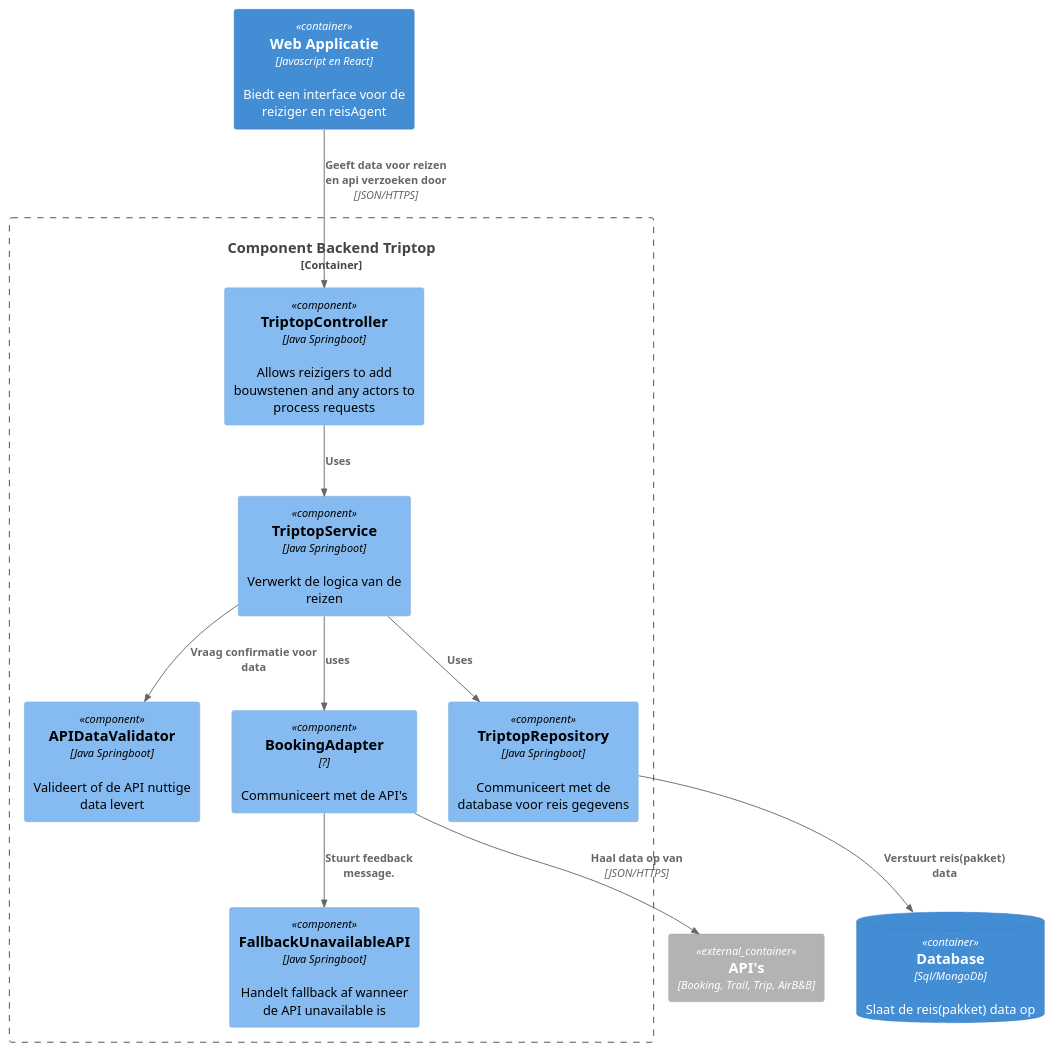
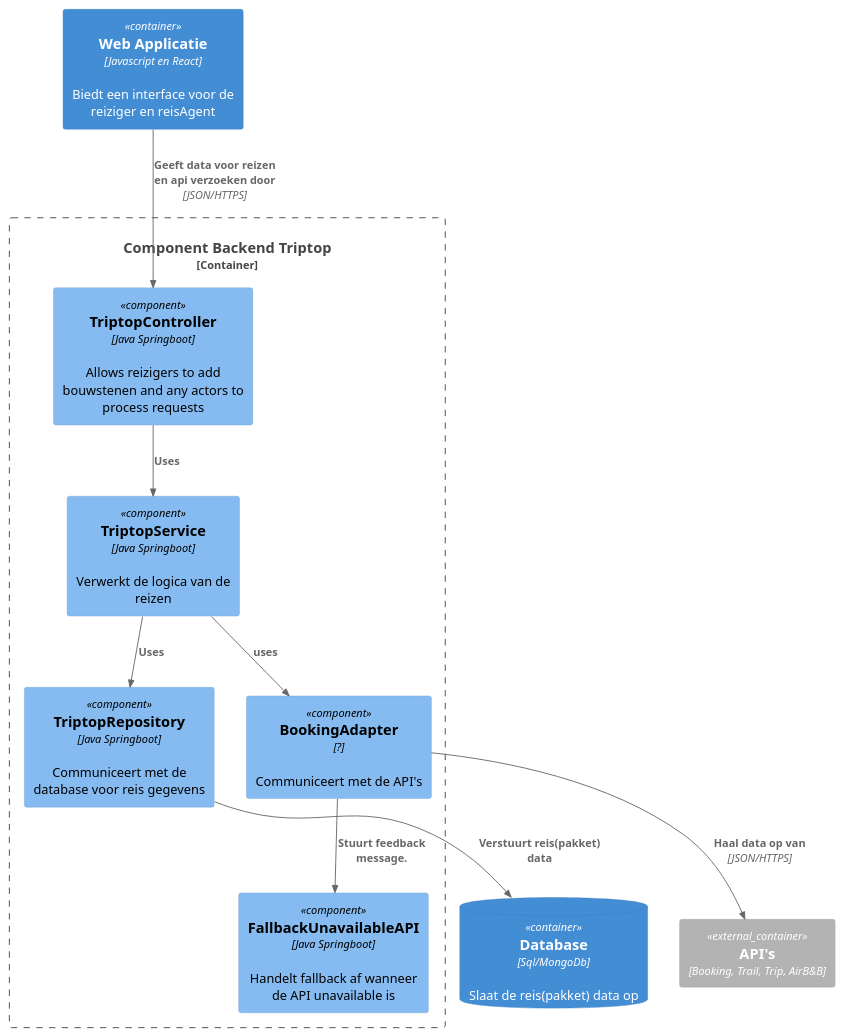
One commit to AIM-ENE-feb25/triptop-groep-6-caspar-khaled-daniel changed the diagram in CasparMap/week2/TripTopComponent.puml. Above: the diagram before and after it, drawn with PlantUML. The commit also changed 1 other file, not shown here.

```diff
--- a/CasparMap/week2/TripTopComponent.puml
+++ b/CasparMap/week2/TripTopComponent.puml
@@ -1,32 +1,29 @@
 @startuml C4_Elements
 !include https://raw.githubusercontent.com/plantuml-stdlib/C4-PlantUML/master/C4_Component.puml
 
 Container(Frontend, "Web Applicatie", "Javascript en React", "Biedt een interface voor de reiziger en reisAgent")
 
 Container_Boundary(c4, "Component Backend Triptop") {
     Component(TriptopController, "TriptopController", "Java Springboot", "Allows reizigers to add bouwstenen and any actors to process requests")
     Component(TriptopService, "TriptopService", "Java Springboot", "Verwerkt de logica van de reizen")
-    Component(APIDataValidator, "APIDataValidator", "Java Springboot", "Valideert of de API nuttige data levert")
     Component(TriptopRepository, "TriptopRepository", "Java Springboot", "Communiceert met de database voor reis gegevens")
     Component(FallbackUnavailableAPI, "FallbackUnavailableAPI", "Java Springboot", "Handelt fallback af wanneer de API unavailable is")
     Component(BookingAdapter, "BookingAdapter", "?", "Communiceert met de API's")
 }
 
 ContainerDb(db, "Database", "Sql/MongoDb", "Slaat de reis(pakket) data op")
 Container_Ext(api, "API's", "Booking, Trail, Trip, AirB&B")
 
 Rel(Frontend, TriptopController, "Geeft data voor reizen en api verzoeken door", "JSON/HTTPS")
 
 Rel(TriptopController, TriptopService, "Uses")
 Rel(TriptopService, TriptopRepository, "Uses")
-Rel(TriptopService, APIDataValidator, "Vraag confirmatie voor data")
 
 Rel(TriptopRepository, db, "Verstuurt reis(pakket) data")
 Rel(BookingAdapter, api, "Haal data op van", "JSON/HTTPS")
 
 Rel(TriptopService, BookingAdapter, "uses")
 Rel(BookingAdapter, FallbackUnavailableAPI, "Stuurt feedback message.")
 
-' Adapter -> communicatie met Externe APIs
 
 @enduml
```
